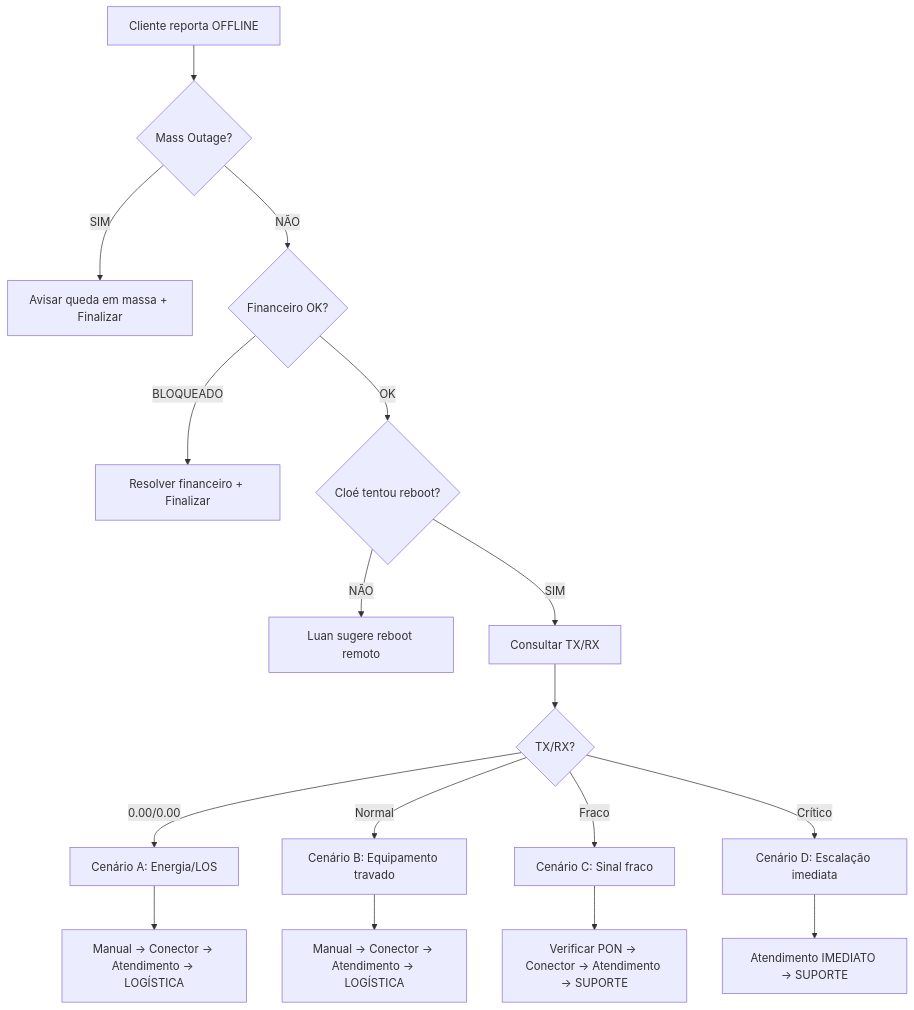
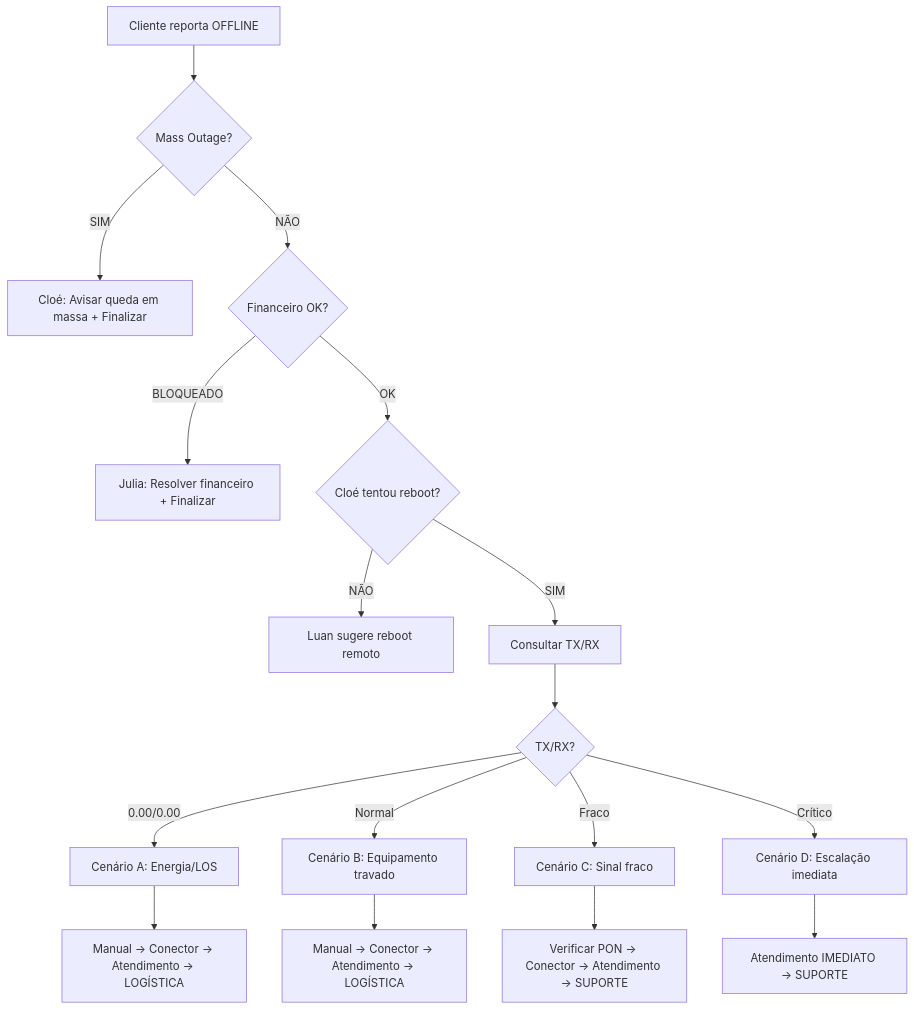
Before and after one commit to flaviops5/supernet-fiber-connect: the diagram in docs/FLUXO-DIAGNOSTICO-OFFLINE-CONSOLIDADO.md, drawn with Mermaid. The commit also changed other lines of this file, not shown here.

````diff
--- a/docs/FLUXO-DIAGNOSTICO-OFFLINE-CONSOLIDADO.md
+++ b/docs/FLUXO-DIAGNOSTICO-OFFLINE-CONSOLIDADO.md
@@ -302,19 +319,19 @@
 ```mermaid
 graph TD
     A[Cliente reporta OFFLINE] --> B{Mass Outage?}
-    B -->|SIM| Z[Avisar queda em massa + Finalizar]
+    B -->|SIM| Z[Cloé: Avisar queda em massa + Finalizar]
     B -->|NÃO| C{Financeiro OK?}
-    C -->|BLOQUEADO| D[Resolver financeiro + Finalizar]
+    C -->|BLOQUEADO| D[Julia: Resolver financeiro + Finalizar]
     C -->|OK| E{Cloé tentou reboot?}
     E -->|NÃO| F[Luan sugere reboot remoto]
     E -->|SIM| G[Consultar TX/RX]
     G --> H{TX/RX?}
     H -->|0.00/0.00| I[Cenário A: Energia/LOS]
     H -->|Normal| J[Cenário B: Equipamento travado]
     H -->|Fraco| K[Cenário C: Sinal fraco]
     H -->|Crítico| L[Cenário D: Escalação imediata]
     I --> M[Manual → Conector → Atendimento → LOGÍSTICA]
     J --> N[Manual → Conector → Atendimento → LOGÍSTICA]
     K --> O[Verificar PON → Conector → Atendimento → SUPORTE]
     L --> P[Atendimento IMEDIATO → SUPORTE]
 ```
````
